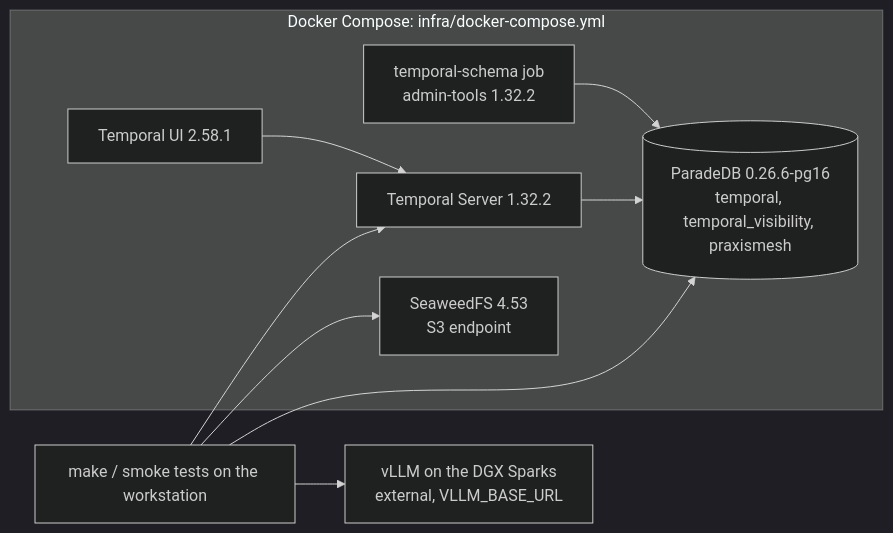
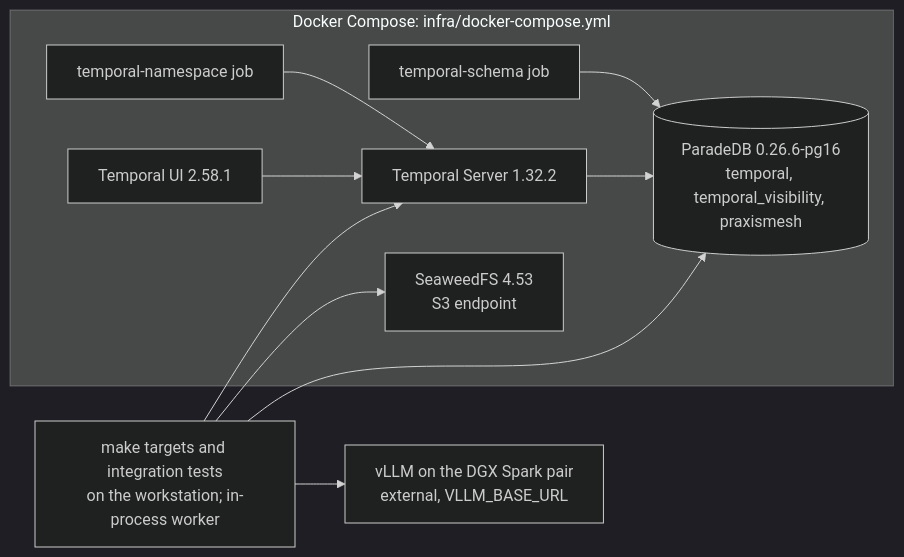
Before and after one commit to geosp/praxismesh: the diagram in docs/rfcs/phase-0-local-infrastructure.md, drawn with Mermaid (dark theme). The commit also changed other lines of this file and 5 other files, not shown here.

````diff
--- a/docs/rfcs/phase-0-local-infrastructure.md
+++ b/docs/rfcs/phase-0-local-infrastructure.md
@@ -27,16 +37,18 @@
 ```mermaid
 flowchart LR
-  dev[make / smoke tests on the workstation]
+  dev[make targets and integration tests<br/>on the workstation; in-process worker]
   subgraph compose [Docker Compose: infra/docker-compose.yml]
     db[(ParadeDB 0.26.6-pg16<br/>temporal, temporal_visibility, praxismesh)]
-    schema[temporal-schema job<br/>admin-tools 1.32.2]
+    schema[temporal-schema job]
+    ns[temporal-namespace job]
     temporal[Temporal Server 1.32.2]
     ui[Temporal UI 2.58.1]
     s3[SeaweedFS 4.53<br/>S3 endpoint]
   end
-  vllm[vLLM on the DGX Sparks<br/>external, VLLM_BASE_URL]
+  vllm[vLLM on the DGX Spark pair<br/>external, VLLM_BASE_URL]
   schema --> db
   temporal --> db
+  ns --> temporal
   ui --> temporal
   dev --> temporal & db & s3 & vllm
 ```
````
